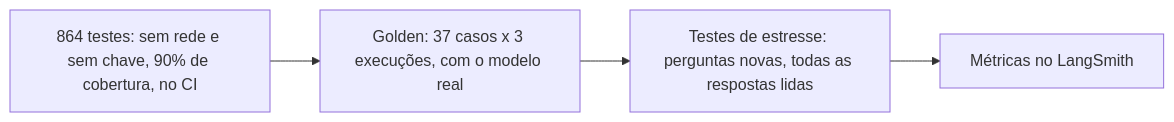
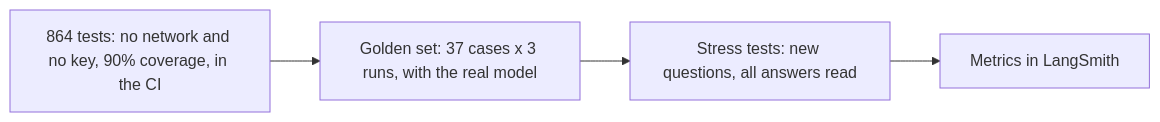
One commit to oericdacosta/emporio-assistant changed the fifth of 6 diagrams in README.md. Above: the diagram before and after it, drawn with Mermaid. The commit also changed other lines of this file and 16 other files, not shown here.

````diff
--- a/README.md
+++ b/README.md
@@ -277,6 +283,6 @@
 ```mermaid
 flowchart LR
-    T1["864 testes: sem rede e sem chave, 90% de cobertura, no CI"] --> T2["Golden: 37 casos x 3 execuções, com o modelo real"]
-    T2 --> T3["Testes de estresse: perguntas novas, todas as respostas lidas"]
-    T3 --> T4["Métricas no LangSmith"]
+    T1["864 tests: no network and no key, 90% coverage, in the CI"] --> T2["Golden set: 37 cases x 3 runs, with the real model"]
+    T2 --> T3["Stress tests: new questions, all answers read"]
+    T3 --> T4["Metrics in LangSmith"]
 ```
````
